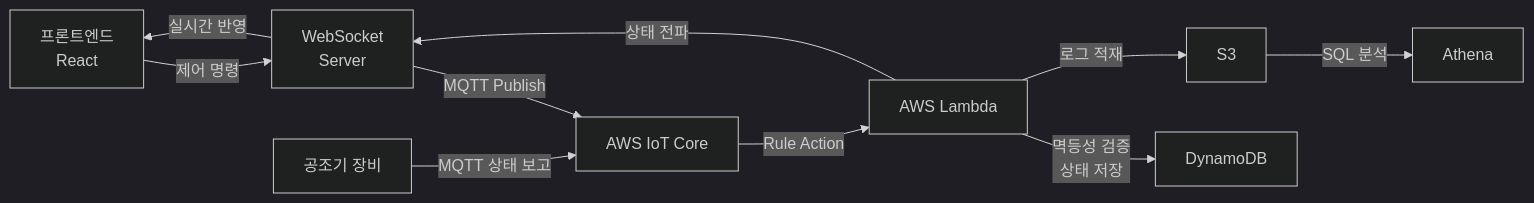
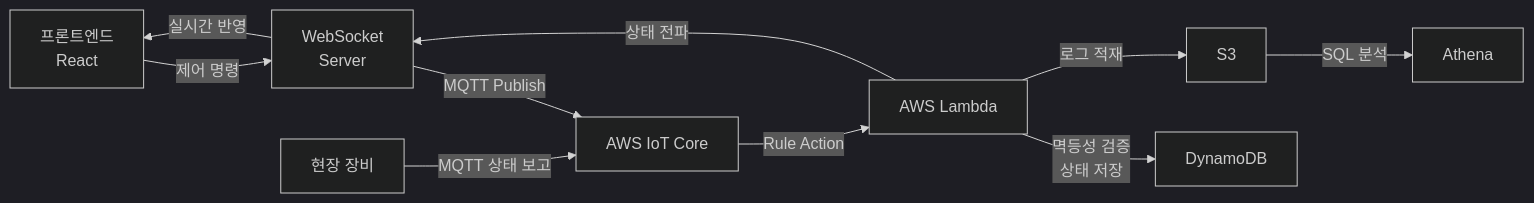
One commit to kyungchan3007/-portfolio changed the diagram in docs/realtime/aws-iot-control.md. Above: the diagram before and after it, drawn with Mermaid (dark theme). The commit also changed other lines of this file and 15 other files, not shown here.

````diff
--- a/docs/realtime/aws-iot-control.md
+++ b/docs/realtime/aws-iot-control.md
@@ -22,21 +20,21 @@
 ```mermaid
 graph LR
     FE[프론트엔드\nReact]
     WS[WebSocket\nServer]
     IoT[AWS IoT Core]
     Lambda[AWS Lambda]
     DDB[DynamoDB]
-    Device[공조기 장비]
+    Device[현장 장비]
     S3[S3]
     Athena[Athena]
 
     FE -->|제어 명령| WS
     WS -->|MQTT Publish| IoT
     IoT -->|Rule Action| Lambda
     Lambda -->|멱등성 검증\n상태 저장| DDB
     Lambda -->|상태 전파| WS
     WS -->|실시간 반영| FE
     Device -->|MQTT 상태 보고| IoT
     Lambda -->|로그 적재| S3
     S3 -->|SQL 분석| Athena
 ```
````
